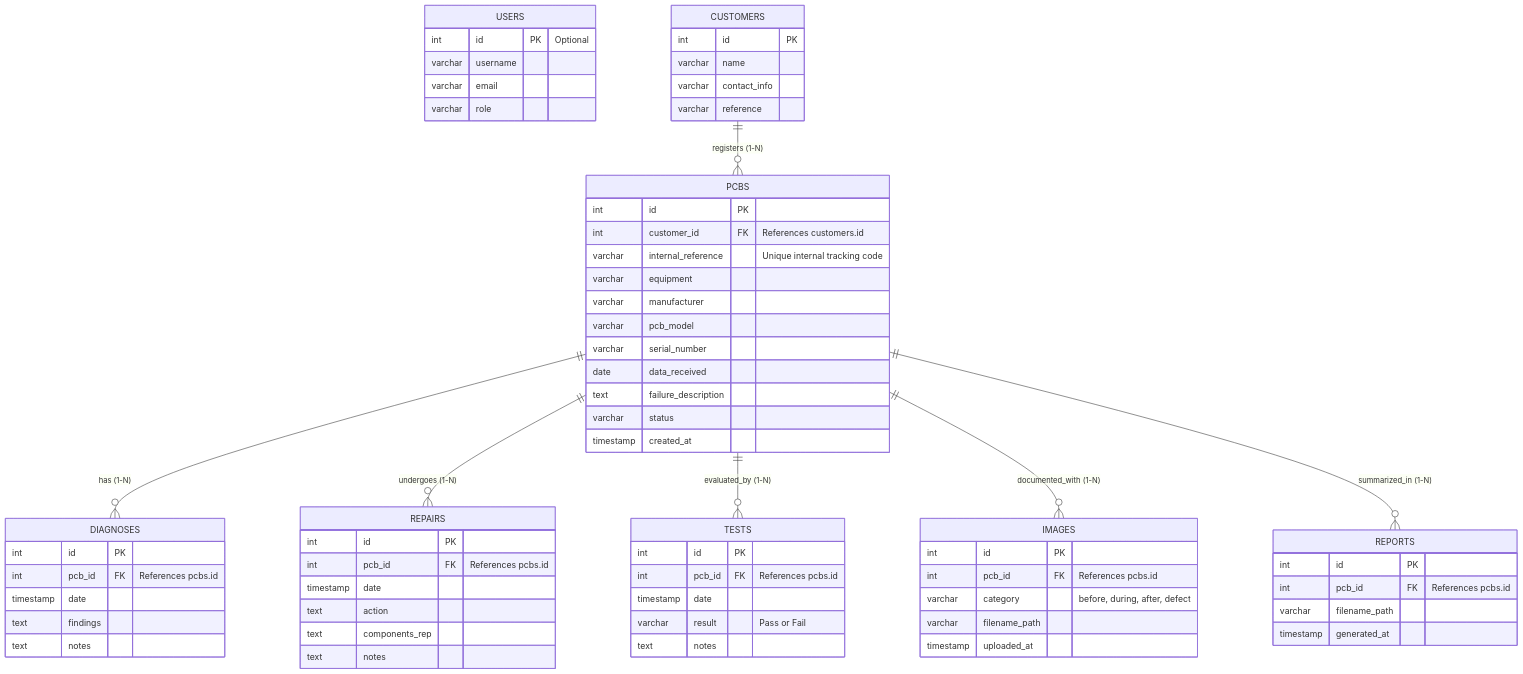
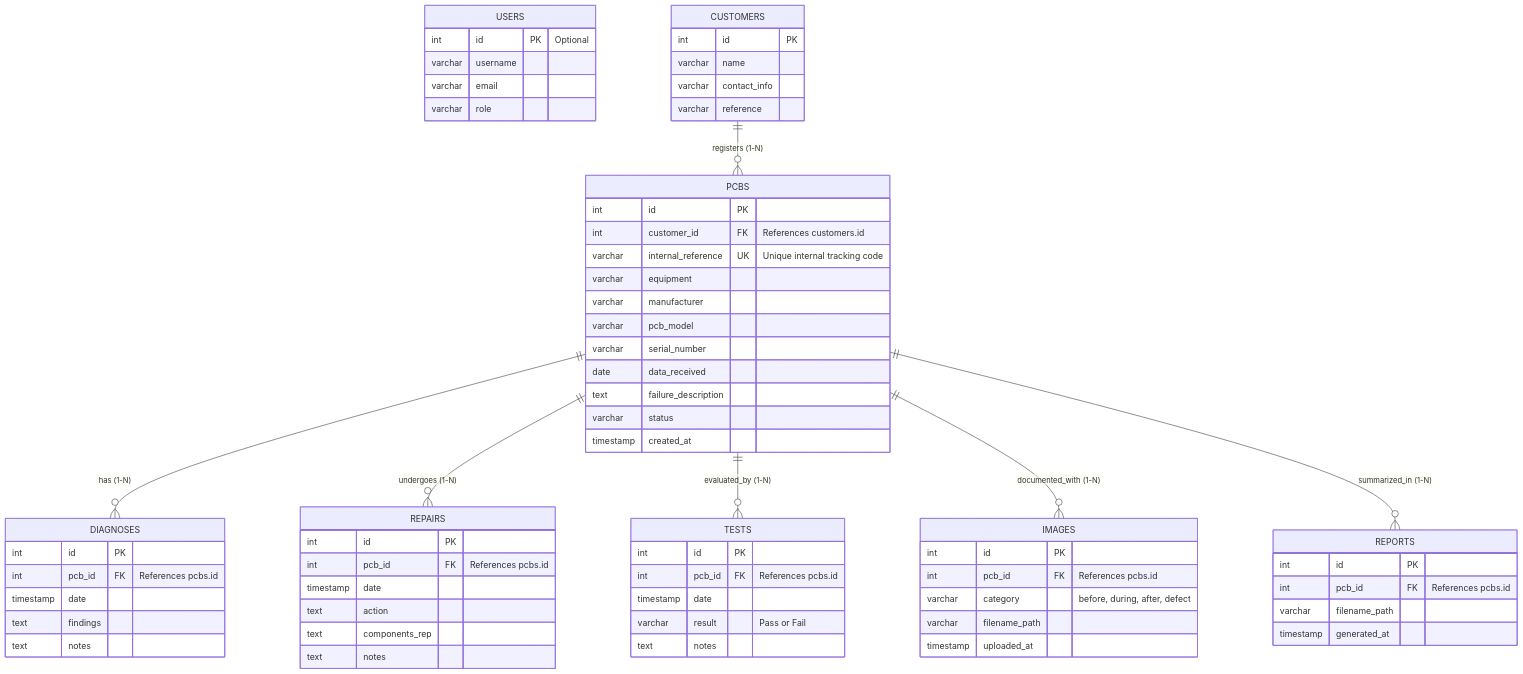
The diagram in documentation/database_schema.md (rdionisio1403/greenuppcb), drawn with Mermaid before and after one commit.

````diff
--- a/documentation/database_schema.md
+++ b/documentation/database_schema.md
@@ -10,77 +10,77 @@
 ```mermaid
 erDiagram
     USERS {
         int id PK "Optional"
         varchar username
         varchar email
         varchar role
     }
 
     CUSTOMERS ||--o{ PCBS : "registers (1-N)"
     PCBS ||--o{ DIAGNOSES : "has (1-N)"
     PCBS ||--o{ REPAIRS : "undergoes (1-N)"
     PCBS ||--o{ TESTS : "evaluated_by (1-N)"
     PCBS ||--o{ IMAGES : "documented_with (1-N)"
     PCBS ||--o{ REPORTS : "summarized_in (1-N)"
 
     CUSTOMERS {
         int id PK
         varchar name
         varchar contact_info
         varchar reference
     }
 
     PCBS {
         int id PK
         int customer_id FK "References customers.id"
-        varchar internal_reference "Unique internal tracking code"
+        varchar internal_reference UK "Unique internal tracking code"
         varchar equipment
         varchar manufacturer
         varchar pcb_model
         varchar serial_number
         date data_received
         text failure_description
         varchar status
         timestamp created_at
     }
 
     DIAGNOSES {
         int id PK
         int pcb_id FK "References pcbs.id"
         timestamp date
         text findings
         text notes
     }
 
     REPAIRS {
         int id PK
         int pcb_id FK "References pcbs.id"
         timestamp date
         text action
         text components_rep
         text notes
     }
 
     TESTS {
         int id PK
         int pcb_id FK "References pcbs.id"
         timestamp date
         varchar result "Pass or Fail"
         text notes
     }
 
     IMAGES {
         int id PK
         int pcb_id FK "References pcbs.id"
         varchar category "before, during, after, defect"
         varchar filename_path
         timestamp uploaded_at
     }
 
     REPORTS {
         int id PK
         int pcb_id FK "References pcbs.id"
         varchar filename_path
         timestamp generated_at
     }
 ```
````
